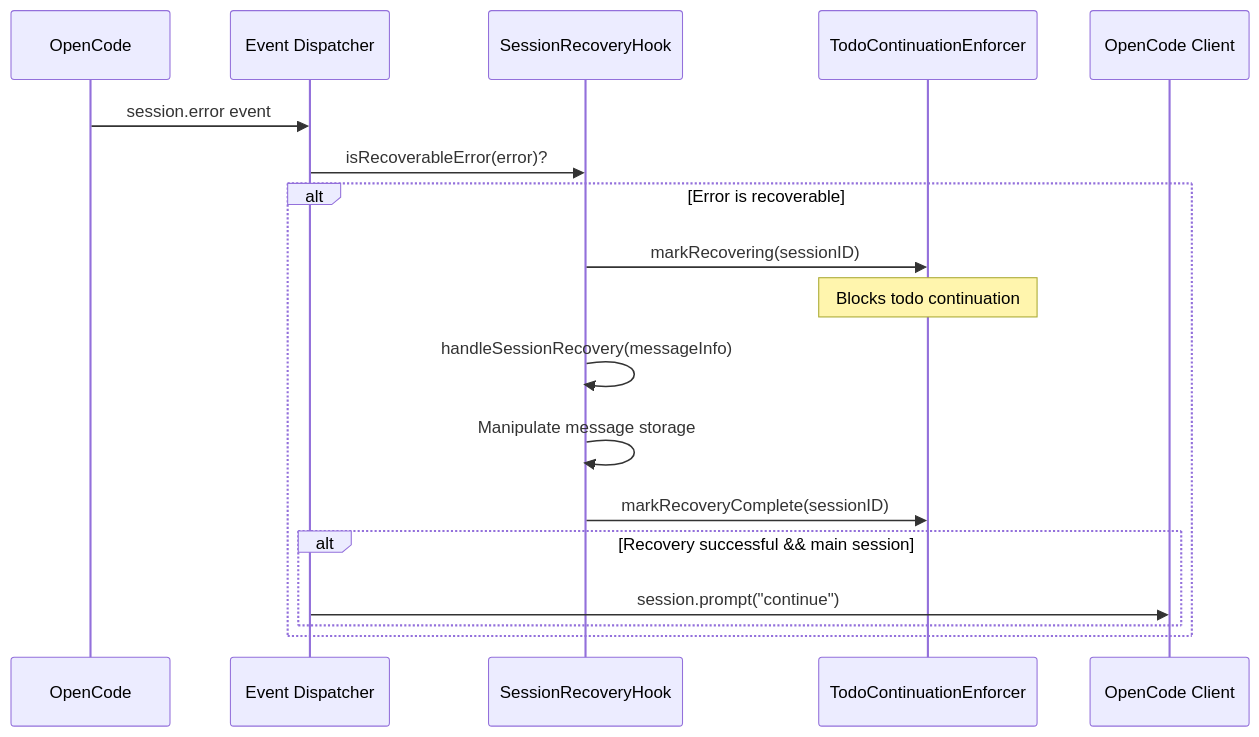
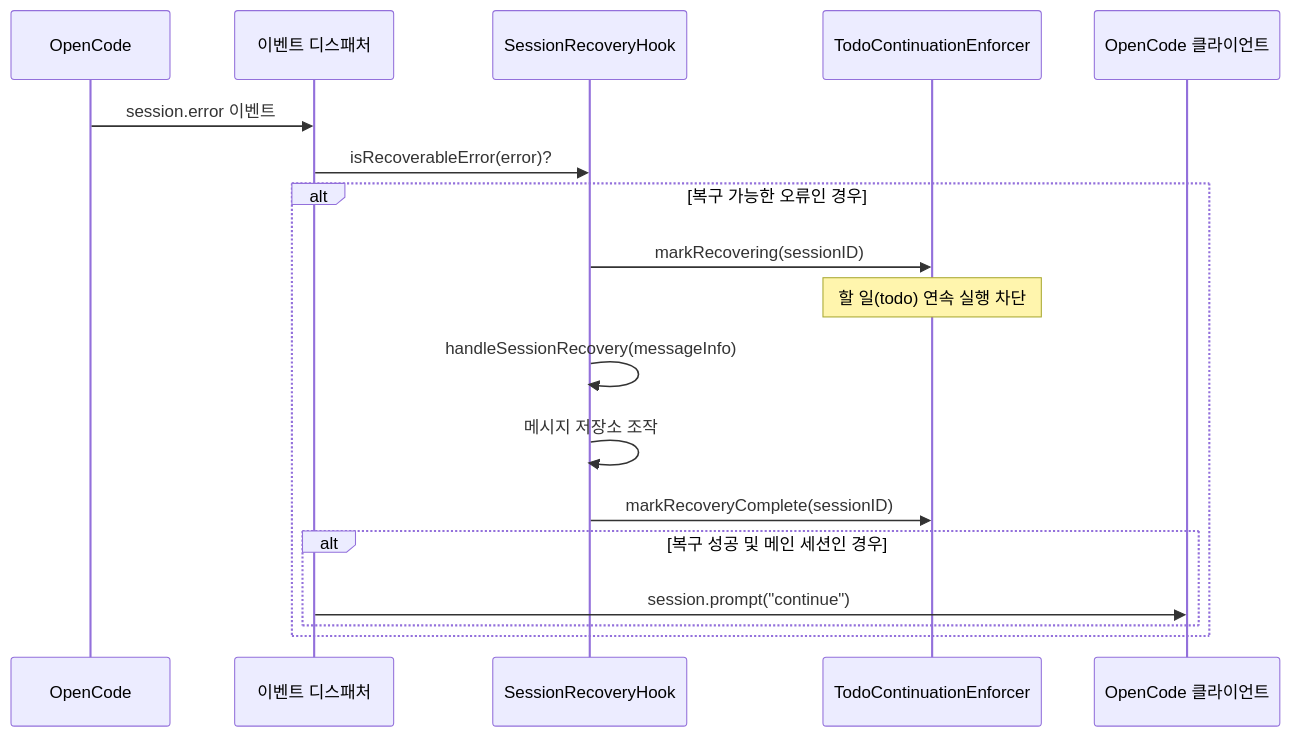
The fourth of 11 diagrams in docs/architecture/event-handling.md (felipetruman/oh-my-opencode-docs), drawn with Mermaid before and after one commit. The commit also changed other lines of this file and 76 other files, not shown here.

````diff
--- a/docs/architecture/event-handling.md
+++ b/docs/architecture/event-handling.md
@@ -271,21 +267,21 @@
 ```mermaid
 sequenceDiagram
   participant p1 as OpenCode
-  participant p2 as Event Dispatcher
+  participant p2 as 이벤트 디스패처
   participant p3 as SessionRecoveryHook
   participant p4 as TodoContinuationEnforcer
-  participant p5 as OpenCode Client
+  participant p5 as OpenCode 클라이언트
 
-  p1->>p2: session.error event
+  p1->>p2: session.error 이벤트
   p2->>p3: isRecoverableError(error)?
-  alt Error is recoverable
+  alt 복구 가능한 오류인 경우
     p3->>p4: markRecovering(sessionID)
-    note over p4: Blocks todo continuation
+    note over p4: 할 일(todo) 연속 실행 차단
     p3->>p3: handleSessionRecovery(messageInfo)
-    p3->>p3: Manipulate message storage
+    p3->>p3: 메시지 저장소 조작
     p3->>p4: markRecoveryComplete(sessionID)
-  alt Recovery successful && main session
+  alt 복구 성공 및 메인 세션인 경우
     p2->>p5: session.prompt("continue")
   end
   end
 ```
````
